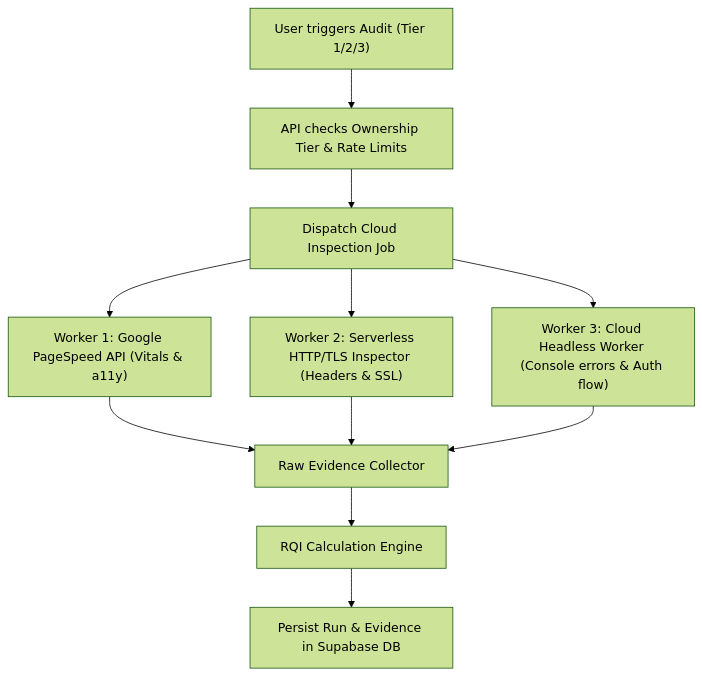
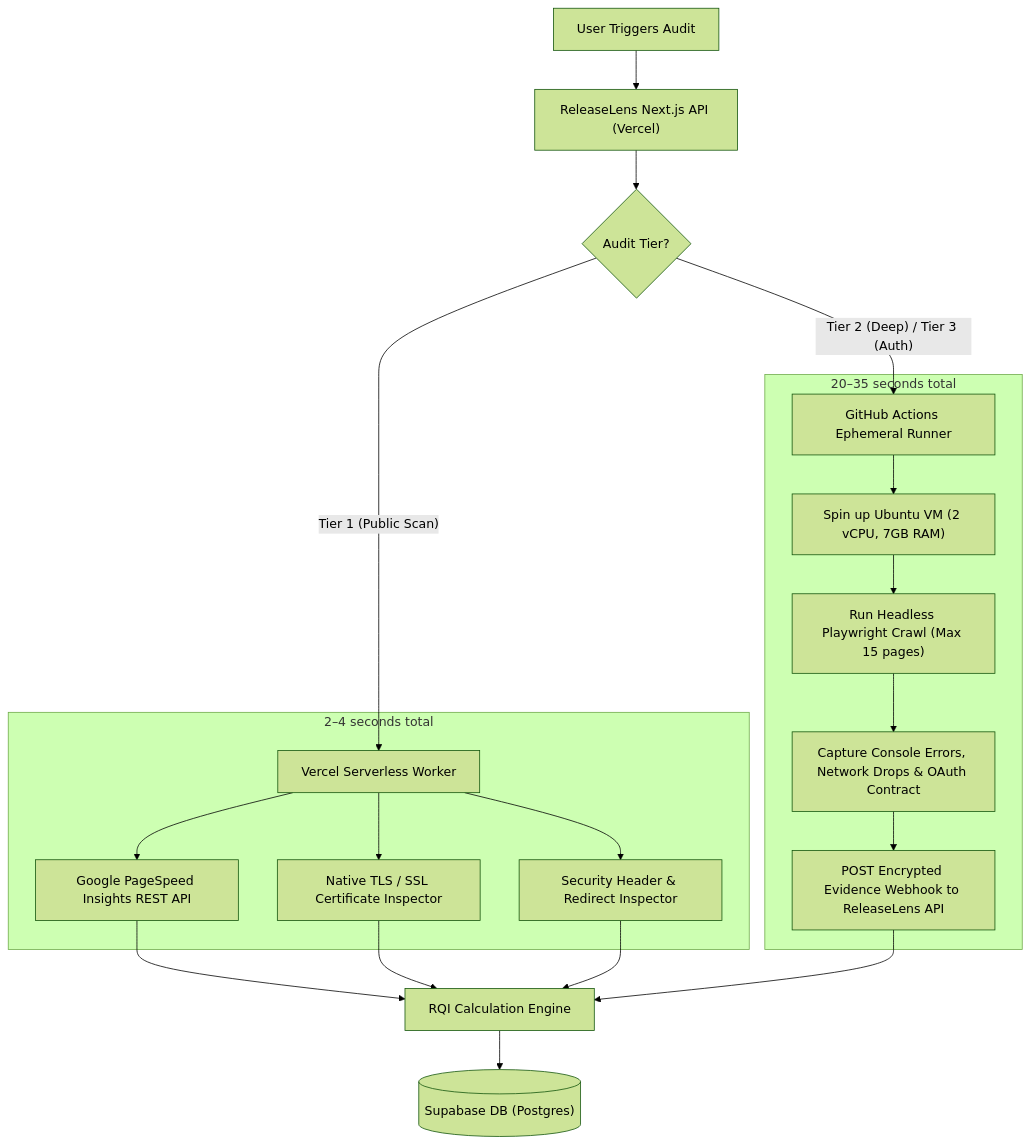
One commit to skandachandrashekar335-wq/ReleaseLens changed the diagram in docs/CLOUD_WORKER.md. Above: the diagram before and after it, drawn with Mermaid (forest theme). The commit also changed other lines of this file and 4 other files, not shown here.

Commit message:
docs: synchronize ADRs, RQI scoring model, security architecture, and doubt register

````diff
--- a/docs/CLOUD_WORKER.md
+++ b/docs/CLOUD_WORKER.md
@@ -20,13 +23,26 @@
 ```mermaid
 flowchart TD
-    A["User triggers Audit (Tier 1/2/3)"] --> B["API checks Ownership Tier & Rate Limits"]
-    B --> C["Dispatch Cloud Inspection Job"]
-    C --> D1["Worker 1: Google PageSpeed API (Vitals & a11y)"]
-    C --> D2["Worker 2: Serverless HTTP/TLS Inspector (Headers & SSL)"]
-    C --> D3["Worker 3: Cloud Headless Worker (Console errors & Auth flow)"]
-    D1 --> E["Raw Evidence Collector"]
-    D2 --> E
-    D3 --> E
-    E --> F["RQI Calculation Engine"]
-    F --> G["Persist Run & Evidence in Supabase DB"]
+    User["User Triggers Audit"] --> API["ReleaseLens Next.js API (Vercel)"]
+    API --> Decision{"Audit Tier?"}
+    
+    Decision -->|"Tier 1 (Public Scan)"| VercelJob["Vercel Serverless Worker"]
+    subgraph Fast Serverless Execution [2–4 seconds total]
+        VercelJob --> P1["Google PageSpeed Insights REST API"]
+        VercelJob --> P2["Native TLS / SSL Certificate Inspector"]
+        VercelJob --> P3["Security Header & Redirect Inspector"]
+    end
+    
+    Decision -->|"Tier 2 (Deep) / Tier 3 (Auth)"| GHAction["GitHub Actions Ephemeral Runner"]
+    subgraph Isolated Ephemeral Runner [20–35 seconds total]
+        GHAction --> B1["Spin up Ubuntu VM (2 vCPU, 7GB RAM)"]
+        B1 --> B2["Run Headless Playwright Crawl (Max 15 pages)"]
+        B2 --> B3["Capture Console Errors, Network Drops & OAuth Contract"]
+        B3 --> B4["POST Encrypted Evidence Webhook to ReleaseLens API"]
+    end
+
+    P1 --> Aggregate["RQI Calculation Engine"]
+    P2 --> Aggregate
+    P3 --> Aggregate
+    B4 --> Aggregate
+    Aggregate --> Supabase[("Supabase DB (Postgres)")]
 ```
````
